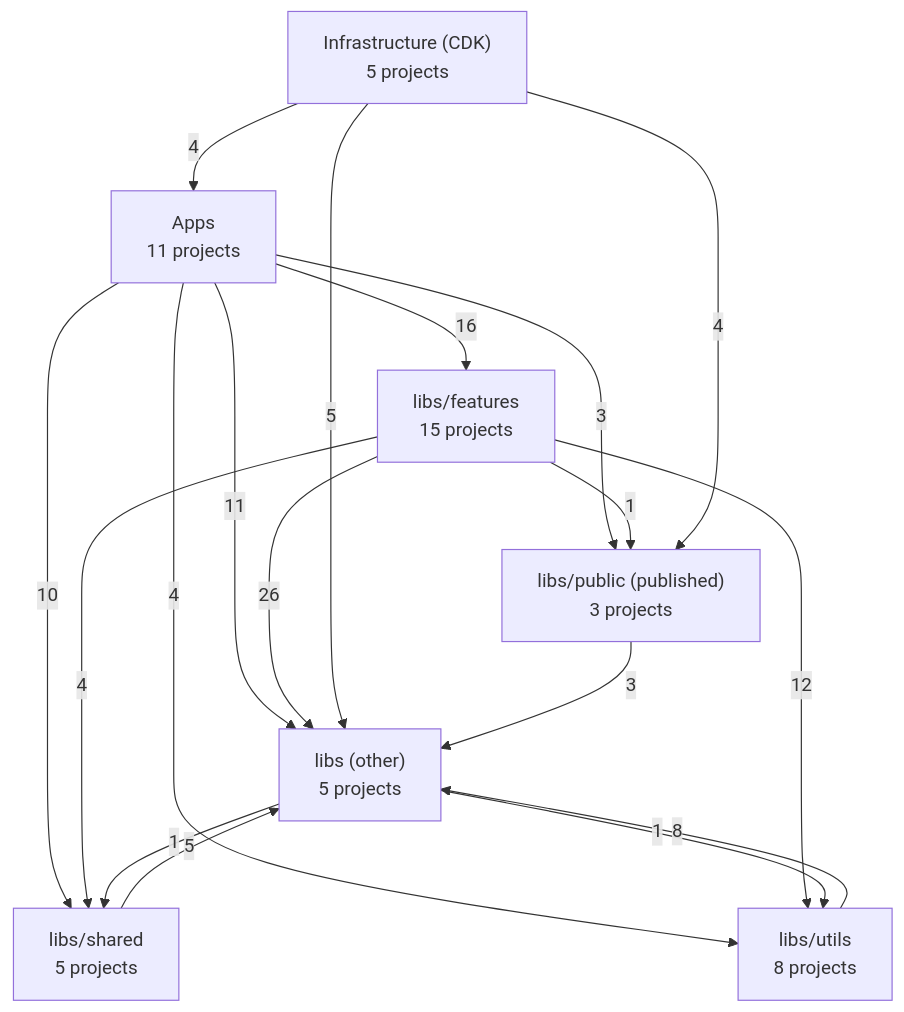
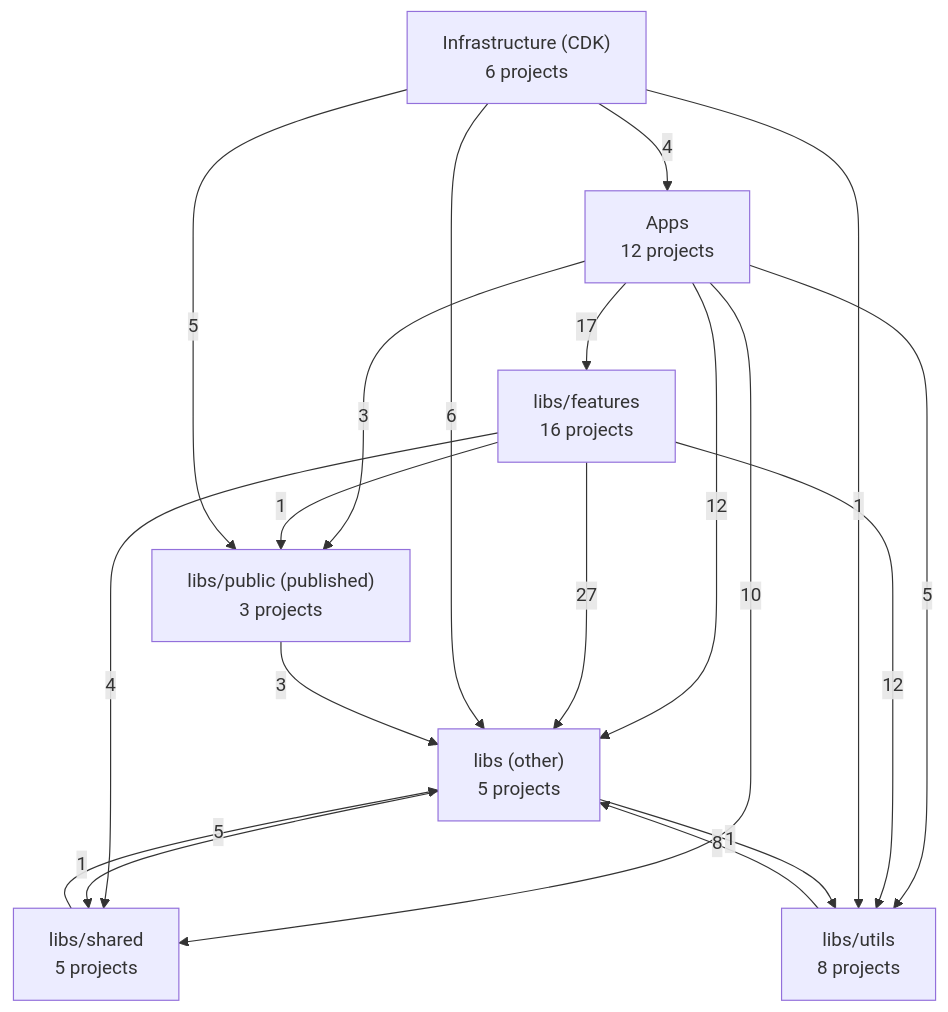
One commit to WolfSoko/wol-sok-mono changed the first of 4 diagrams in docs/architecture/README.md. Above: the diagram before and after it, drawn with Mermaid. The commit also changed other lines of this file, not shown here.

First line of the commit message:
docs(tools): 📚️ refresh architecture diagrams

````diff
--- a/docs/architecture/README.md
+++ b/docs/architecture/README.md
@@ -26,27 +26,28 @@
 ```mermaid
 flowchart TD
-  infra["Infrastructure (CDK)<br/>5 projects"]
-  apps["Apps<br/>11 projects"]
+  infra["Infrastructure (CDK)<br/>6 projects"]
+  apps["Apps<br/>12 projects"]
   public["libs/public (published)<br/>3 projects"]
-  features["libs/features<br/>15 projects"]
+  features["libs/features<br/>16 projects"]
   shared["libs/shared<br/>5 projects"]
   utils["libs/utils<br/>8 projects"]
   other["libs (other)<br/>5 projects"]
-  apps -- 16 --> features
-  apps -- 11 --> other
+  apps -- 17 --> features
+  apps -- 12 --> other
   apps -- 3 --> public
   apps -- 10 --> shared
-  apps -- 4 --> utils
-  features -- 26 --> other
+  apps -- 5 --> utils
+  features -- 27 --> other
   features -- 1 --> public
   features -- 4 --> shared
   features -- 12 --> utils
   infra -- 4 --> apps
-  infra -- 5 --> other
-  infra -- 4 --> public
+  infra -- 6 --> other
+  infra -- 5 --> public
+  infra -- 1 --> utils
   other -- 1 --> shared
   other -- 1 --> utils
   public -- 3 --> other
   shared -- 5 --> other
   utils -- 8 --> other
 ```
````
